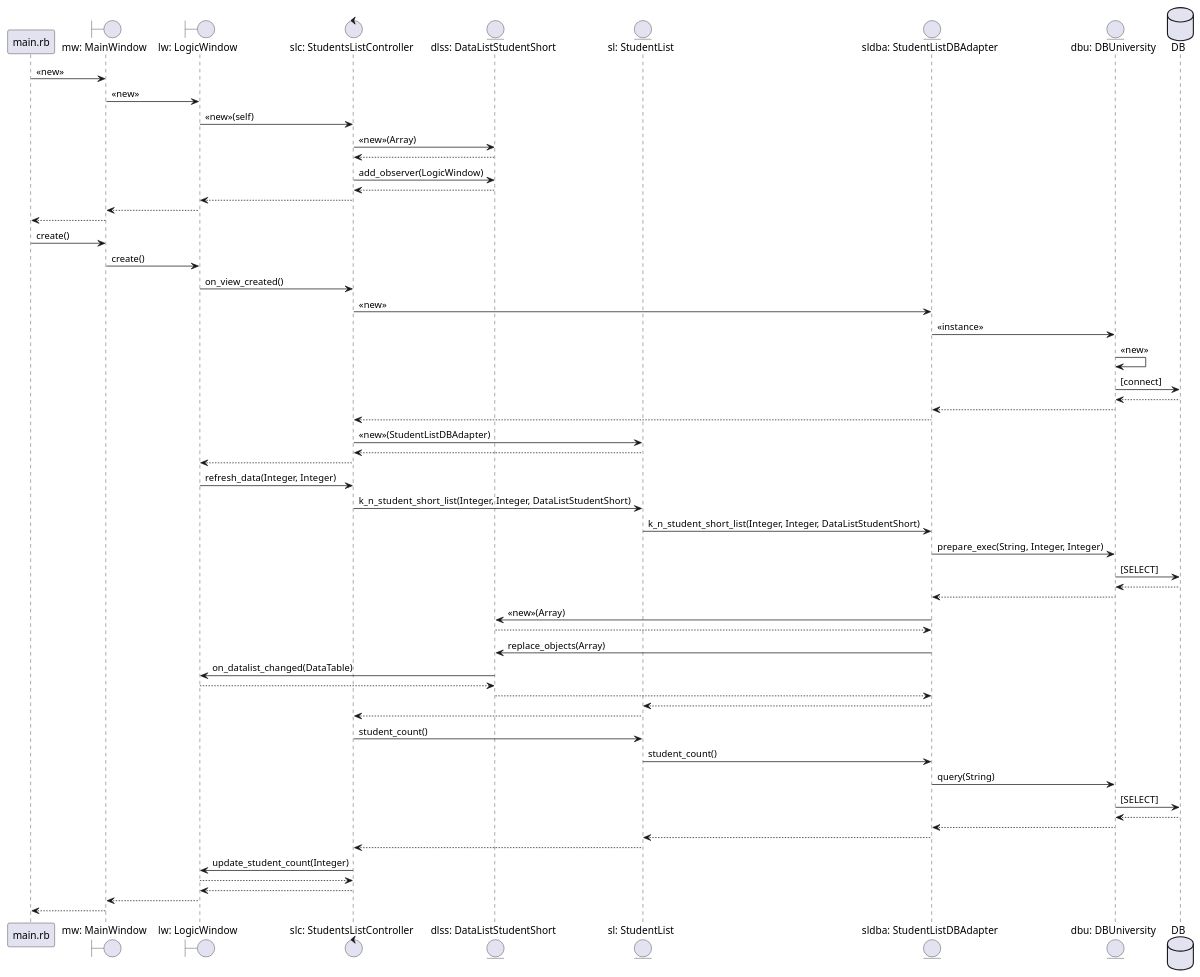
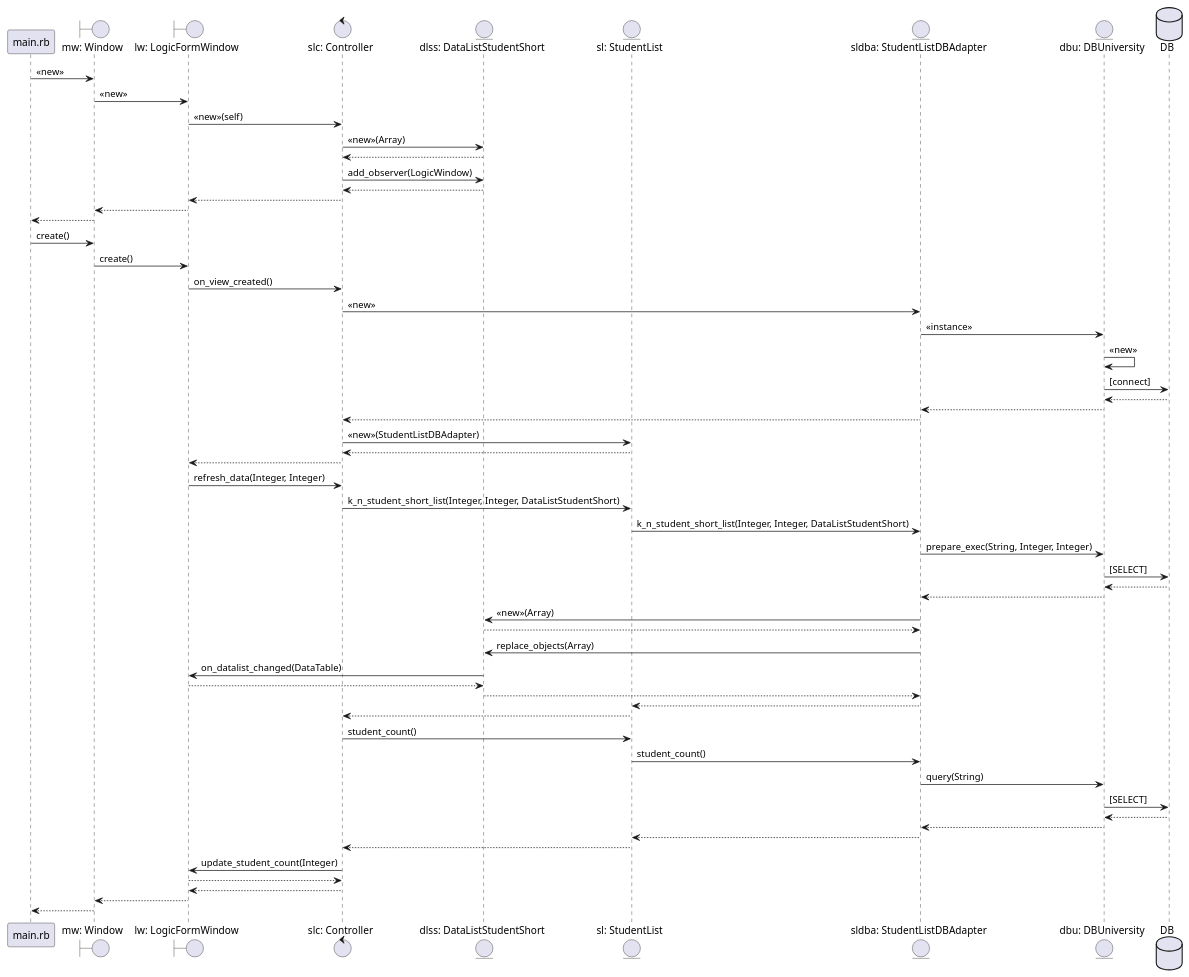
One commit to yellowcat-dotcom/Ruby changed the diagram in Lab_2/Diagrams/create.puml. Above: the diagram before and after it, drawn with PlantUML. The commit also changed 1 other file, not shown here.

```diff
--- a/Lab_2/Diagrams/create.puml
+++ b/Lab_2/Diagrams/create.puml
@@ -1,68 +1,68 @@
 @startuml
  participant "main.rb"                       as main
 
- boundary    "mw: MainWindow"                as mw
- boundary    "lw: LogicWindow"               as lw
- control     "slc: StudentsListController"    as slc
+ boundary    "mw: Window"                as mw
+ boundary    "lw: LogicFormWindow"               as lw
+ control     "slc: Controller"    as slc
  entity      "dlss: DataListStudentShort"    as dlss
  entity      "sl: StudentList"       as sl
  entity      "sldba: StudentListDBAdapter"         as sldba
  entity      "dbu: DBUniversity"            as dbu
 
  database    DB                              as db
 
  main -> mw : <<new>>
  mw -> lw : <<new>>
  lw -> slc : <<new>>(self)
  slc -> dlss : <<new>>(Array)
  dlss --> slc
  slc -> dlss : add_observer(LogicWindow)
  dlss --> slc
  slc --> lw
  lw --> mw
  mw --> main
 
  main -> mw : create()
  mw -> lw : create()
  lw -> slc : on_view_created()
  slc -> sldba : <<new>>
  sldba -> dbu : <<instance>>
  dbu -> dbu : <<new>>
  dbu -> db : [connect]
  db --> dbu
  dbu --> sldba
  sldba --> slc
  slc -> sl : <<new>>(StudentListDBAdapter)
  sl --> slc
  slc --> lw
 
  lw -> slc : refresh_data(Integer, Integer)
  slc -> sl : k_n_student_short_list(Integer, Integer, DataListStudentShort)
  sl -> sldba : k_n_student_short_list(Integer, Integer, DataListStudentShort)
  sldba -> dbu : prepare_exec(String, Integer, Integer)
  dbu -> db : [SELECT]
  db --> dbu
  dbu --> sldba
  sldba -> dlss : <<new>>(Array)
  dlss --> sldba
  sldba -> dlss : replace_objects(Array)
  dlss -> lw : on_datalist_changed(DataTable)
  lw --> dlss
  dlss --> sldba
  sldba --> sl
  sl --> slc
 
  slc -> sl : student_count()
  sl -> sldba : student_count()
  sldba -> dbu: query(String)
  dbu -> db : [SELECT]
  db --> dbu
  dbu --> sldba
  sldba --> sl
  sl --> slc
  slc -> lw : update_student_count(Integer)
  lw --> slc
  slc --> lw
  lw --> mw
  mw --> main
  @enduml
```
